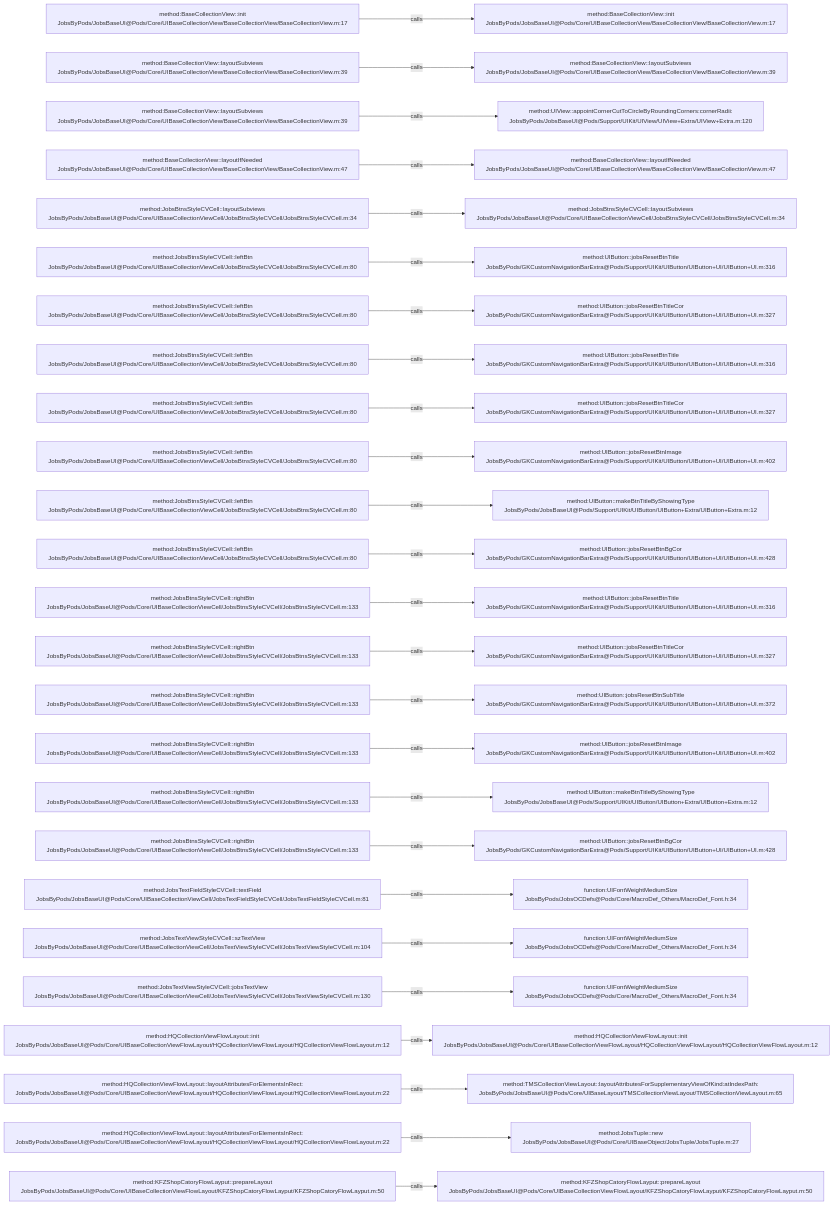
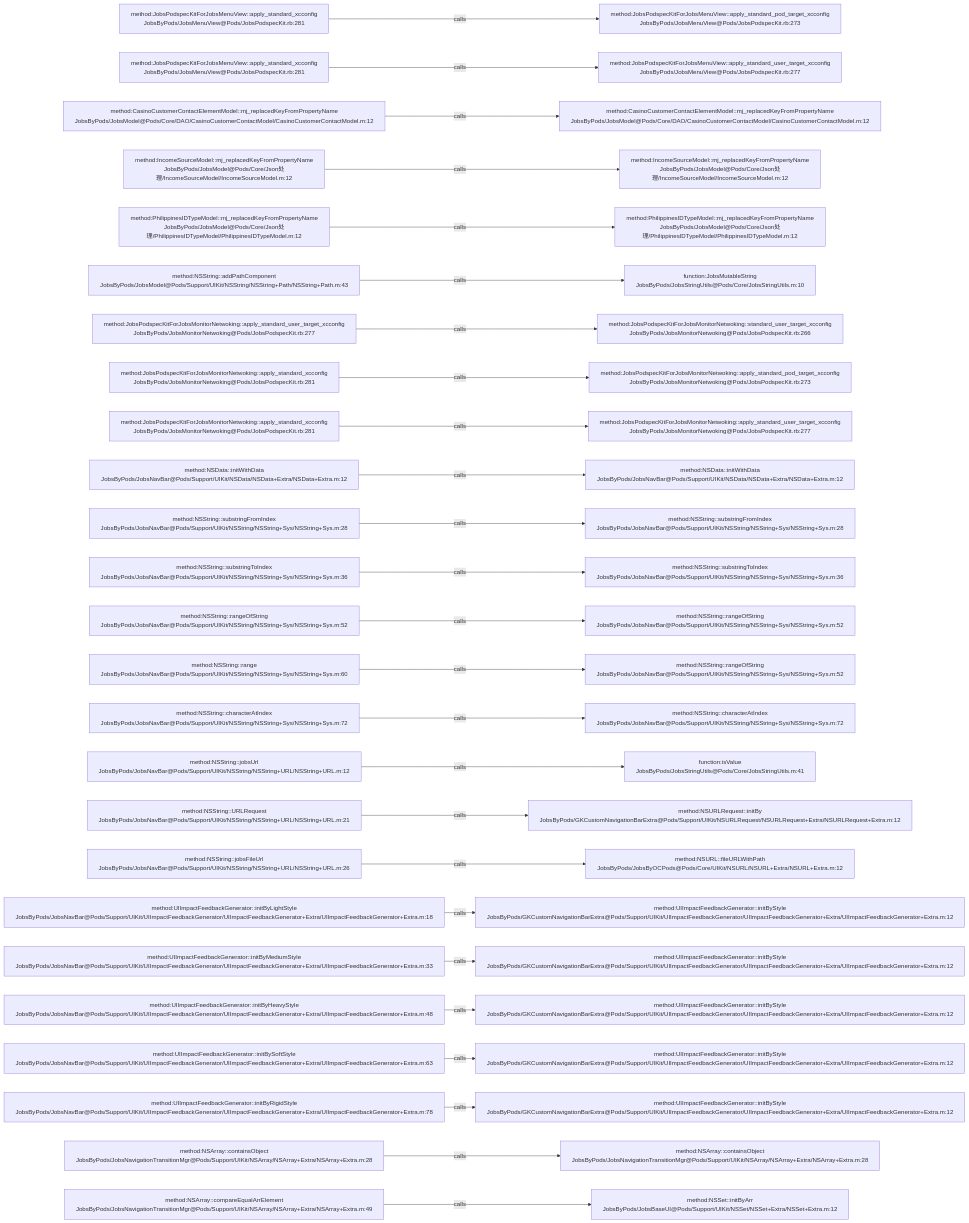
The diagram in .codegraph/codegraph.md/graphs/calls-015.md (JobsKits/JobsOCBaseConfigDemo), drawn with Mermaid before and after one commit. The commit also changed 2162 other files, not shown here.

````diff
--- a/.codegraph/codegraph.md/graphs/calls-015.md
+++ b/.codegraph/codegraph.md/graphs/calls-015.md
@@ -13,78 +13,78 @@
 ```mermaid
 flowchart LR
-  S1["method:BaseCollectionView::init<br/>JobsByPods/JobsBaseUI@Pods/Core/UIBaseCollectionView/BaseCollectionView/BaseCollectionView.m:17"]
-  T1["method:BaseCollectionView::init<br/>JobsByPods/JobsBaseUI@Pods/Core/UIBaseCollectionView/BaseCollectionView/BaseCollectionView.m:17"]
+  S1["method:JobsPodspecKitForJobsMenuView::apply_standard_xcconfig<br/>JobsByPods/JobsMenuView@Pods/JobsPodspecKit.rb:281"]
+  T1["method:JobsPodspecKitForJobsMenuView::apply_standard_pod_target_xcconfig<br/>JobsByPods/JobsMenuView@Pods/JobsPodspecKit.rb:273"]
   S1 -->|calls| T1
-  S2["method:BaseCollectionView::layoutSubviews<br/>JobsByPods/JobsBaseUI@Pods/Core/UIBaseCollectionView/BaseCollectionView/BaseCollectionView.m:39"]
-  T2["method:BaseCollectionView::layoutSubviews<br/>JobsByPods/JobsBaseUI@Pods/Core/UIBaseCollectionView/BaseCollectionView/BaseCollectionView.m:39"]
+  S2["method:JobsPodspecKitForJobsMenuView::apply_standard_xcconfig<br/>JobsByPods/JobsMenuView@Pods/JobsPodspecKit.rb:281"]
+  T2["method:JobsPodspecKitForJobsMenuView::apply_standard_user_target_xcconfig<br/>JobsByPods/JobsMenuView@Pods/JobsPodspecKit.rb:277"]
   S2 -->|calls| T2
-  S3["method:BaseCollectionView::layoutSubviews<br/>JobsByPods/JobsBaseUI@Pods/Core/UIBaseCollectionView/BaseCollectionView/BaseCollectionView.m:39"]
-  T3["method:UIView::appointCornerCutToCircleByRoundingCorners:cornerRadii:<br/>JobsByPods/JobsBaseUI@Pods/Support/UIKit/UIView/UIView+Extra/UIView+Extra.m:120"]
+  S3["method:CasinoCustomerContactElementModel::mj_replacedKeyFromPropertyName<br/>JobsByPods/JobsModel@Pods/Core/DAO/CasinoCustomerContactModel/CasinoCustomerContactModel.m:12"]
+  T3["method:CasinoCustomerContactElementModel::mj_replacedKeyFromPropertyName<br/>JobsByPods/JobsModel@Pods/Core/DAO/CasinoCustomerContactModel/CasinoCustomerContactModel.m:12"]
   S3 -->|calls| T3
-  S4["method:BaseCollectionView::layoutIfNeeded<br/>JobsByPods/JobsBaseUI@Pods/Core/UIBaseCollectionView/BaseCollectionView/BaseCollectionView.m:47"]
-  T4["method:BaseCollectionView::layoutIfNeeded<br/>JobsByPods/JobsBaseUI@Pods/Core/UIBaseCollectionView/BaseCollectionView/BaseCollectionView.m:47"]
+  S4["method:IncomeSourceModel::mj_replacedKeyFromPropertyName<br/>JobsByPods/JobsModel@Pods/Core/Json处理/IncomeSourceModel/IncomeSourceModel.m:12"]
+  T4["method:IncomeSourceModel::mj_replacedKeyFromPropertyName<br/>JobsByPods/JobsModel@Pods/Core/Json处理/IncomeSourceModel/IncomeSourceModel.m:12"]
   S4 -->|calls| T4
-  S5["method:JobsBtnsStyleCVCell::layoutSubviews<br/>JobsByPods/JobsBaseUI@Pods/Core/UIBaseCollectionViewCell/JobsBtnsStyleCVCell/JobsBtnsStyleCVCell.m:34"]
-  T5["method:JobsBtnsStyleCVCell::layoutSubviews<br/>JobsByPods/JobsBaseUI@Pods/Core/UIBaseCollectionViewCell/JobsBtnsStyleCVCell/JobsBtnsStyleCVCell.m:34"]
+  S5["method:PhilippinesIDTypeModel::mj_replacedKeyFromPropertyName<br/>JobsByPods/JobsModel@Pods/Core/Json处理/PhilippinesIDTypeModel/PhilippinesIDTypeModel.m:12"]
+  T5["method:PhilippinesIDTypeModel::mj_replacedKeyFromPropertyName<br/>JobsByPods/JobsModel@Pods/Core/Json处理/PhilippinesIDTypeModel/PhilippinesIDTypeModel.m:12"]
   S5 -->|calls| T5
-  S6["method:JobsBtnsStyleCVCell::leftBtn<br/>JobsByPods/JobsBaseUI@Pods/Core/UIBaseCollectionViewCell/JobsBtnsStyleCVCell/JobsBtnsStyleCVCell.m:80"]
-  T6["method:UIButton::jobsResetBtnTitle<br/>JobsByPods/GKCustomNavigationBarExtra@Pods/Support/UIKit/UIButton/UIButton+UI/UIButton+UI.m:316"]
+  S6["method:NSString::addPathComponent<br/>JobsByPods/JobsModel@Pods/Support/UIKit/NSString/NSString+Path/NSString+Path.m:43"]
+  T6["function:JobsMutableString<br/>JobsByPods/JobsStringUtils@Pods/Core/JobsStringUtils.m:10"]
   S6 -->|calls| T6
-  S7["method:JobsBtnsStyleCVCell::leftBtn<br/>JobsByPods/JobsBaseUI@Pods/Core/UIBaseCollectionViewCell/JobsBtnsStyleCVCell/JobsBtnsStyleCVCell.m:80"]
-  T7["method:UIButton::jobsResetBtnTitleCor<br/>JobsByPods/GKCustomNavigationBarExtra@Pods/Support/UIKit/UIButton/UIButton+UI/UIButton+UI.m:327"]
+  S7["method:JobsPodspecKitForJobsMonitorNetwoking::apply_standard_user_target_xcconfig<br/>JobsByPods/JobsMonitorNetwoking@Pods/JobsPodspecKit.rb:277"]
+  T7["method:JobsPodspecKitForJobsMonitorNetwoking::standard_user_target_xcconfig<br/>JobsByPods/JobsMonitorNetwoking@Pods/JobsPodspecKit.rb:266"]
   S7 -->|calls| T7
-  S8["method:JobsBtnsStyleCVCell::leftBtn<br/>JobsByPods/JobsBaseUI@Pods/Core/UIBaseCollectionViewCell/JobsBtnsStyleCVCell/JobsBtnsStyleCVCell.m:80"]
-  T8["method:UIButton::jobsResetBtnTitle<br/>JobsByPods/GKCustomNavigationBarExtra@Pods/Support/UIKit/UIButton/UIButton+UI/UIButton+UI.m:316"]
+  S8["method:JobsPodspecKitForJobsMonitorNetwoking::apply_standard_xcconfig<br/>JobsByPods/JobsMonitorNetwoking@Pods/JobsPodspecKit.rb:281"]
+  T8["method:JobsPodspecKitForJobsMonitorNetwoking::apply_standard_pod_target_xcconfig<br/>JobsByPods/JobsMonitorNetwoking@Pods/JobsPodspecKit.rb:273"]
   S8 -->|calls| T8
-  S9["method:JobsBtnsStyleCVCell::leftBtn<br/>JobsByPods/JobsBaseUI@Pods/Core/UIBaseCollectionViewCell/JobsBtnsStyleCVCell/JobsBtnsStyleCVCell.m:80"]
-  T9["method:UIButton::jobsResetBtnTitleCor<br/>JobsByPods/GKCustomNavigationBarExtra@Pods/Support/UIKit/UIButton/UIButton+UI/UIButton+UI.m:327"]
+  S9["method:JobsPodspecKitForJobsMonitorNetwoking::apply_standard_xcconfig<br/>JobsByPods/JobsMonitorNetwoking@Pods/JobsPodspecKit.rb:281"]
+  T9["method:JobsPodspecKitForJobsMonitorNetwoking::apply_standard_user_target_xcconfig<br/>JobsByPods/JobsMonitorNetwoking@Pods/JobsPodspecKit.rb:277"]
   S9 -->|calls| T9
-  S10["method:JobsBtnsStyleCVCell::leftBtn<br/>JobsByPods/JobsBaseUI@Pods/Core/UIBaseCollectionViewCell/JobsBtnsStyleCVCell/JobsBtnsStyleCVCell.m:80"]
-  T10["method:UIButton::jobsResetBtnImage<br/>JobsByPods/GKCustomNavigationBarExtra@Pods/Support/UIKit/UIButton/UIButton+UI/UIButton+UI.m:402"]
+  S10["method:NSData::initWithData<br/>JobsByPods/JobsNavBar@Pods/Support/UIKit/NSData/NSData+Extra/NSData+Extra.m:12"]
+  T10["method:NSData::initWithData<br/>JobsByPods/JobsNavBar@Pods/Support/UIKit/NSData/NSData+Extra/NSData+Extra.m:12"]
   S10 -->|calls| T10
-  S11["method:JobsBtnsStyleCVCell::leftBtn<br/>JobsByPods/JobsBaseUI@Pods/Core/UIBaseCollectionViewCell/JobsBtnsStyleCVCell/JobsBtnsStyleCVCell.m:80"]
-  T11["method:UIButton::makeBtnTitleByShowingType<br/>JobsByPods/JobsBaseUI@Pods/Support/UIKit/UIButton/UIButton+Extra/UIButton+Extra.m:12"]
+  S11["method:NSString::substringFromIndex<br/>JobsByPods/JobsNavBar@Pods/Support/UIKit/NSString/NSString+Sys/NSString+Sys.m:28"]
+  T11["method:NSString::substringFromIndex<br/>JobsByPods/JobsNavBar@Pods/Support/UIKit/NSString/NSString+Sys/NSString+Sys.m:28"]
   S11 -->|calls| T11
-  S12["method:JobsBtnsStyleCVCell::leftBtn<br/>JobsByPods/JobsBaseUI@Pods/Core/UIBaseCollectionViewCell/JobsBtnsStyleCVCell/JobsBtnsStyleCVCell.m:80"]
-  T12["method:UIButton::jobsResetBtnBgCor<br/>JobsByPods/GKCustomNavigationBarExtra@Pods/Support/UIKit/UIButton/UIButton+UI/UIButton+UI.m:428"]
+  S12["method:NSString::substringToIndex<br/>JobsByPods/JobsNavBar@Pods/Support/UIKit/NSString/NSString+Sys/NSString+Sys.m:36"]
+  T12["method:NSString::substringToIndex<br/>JobsByPods/JobsNavBar@Pods/Support/UIKit/NSString/NSString+Sys/NSString+Sys.m:36"]
   S12 -->|calls| T12
-  S13["method:JobsBtnsStyleCVCell::rightBtn<br/>JobsByPods/JobsBaseUI@Pods/Core/UIBaseCollectionViewCell/JobsBtnsStyleCVCell/JobsBtnsStyleCVCell.m:133"]
-  T13["method:UIButton::jobsResetBtnTitle<br/>JobsByPods/GKCustomNavigationBarExtra@Pods/Support/UIKit/UIButton/UIButton+UI/UIButton+UI.m:316"]
+  S13["method:NSString::rangeOfString<br/>JobsByPods/JobsNavBar@Pods/Support/UIKit/NSString/NSString+Sys/NSString+Sys.m:52"]
+  T13["method:NSString::rangeOfString<br/>JobsByPods/JobsNavBar@Pods/Support/UIKit/NSString/NSString+Sys/NSString+Sys.m:52"]
   S13 -->|calls| T13
-  S14["method:JobsBtnsStyleCVCell::rightBtn<br/>JobsByPods/JobsBaseUI@Pods/Core/UIBaseCollectionViewCell/JobsBtnsStyleCVCell/JobsBtnsStyleCVCell.m:133"]
-  T14["method:UIButton::jobsResetBtnTitleCor<br/>JobsByPods/GKCustomNavigationBarExtra@Pods/Support/UIKit/UIButton/UIButton+UI/UIButton+UI.m:327"]
+  S14["method:NSString::range<br/>JobsByPods/JobsNavBar@Pods/Support/UIKit/NSString/NSString+Sys/NSString+Sys.m:60"]
+  T14["method:NSString::rangeOfString<br/>JobsByPods/JobsNavBar@Pods/Support/UIKit/NSString/NSString+Sys/NSString+Sys.m:52"]
   S14 -->|calls| T14
-  S15["method:JobsBtnsStyleCVCell::rightBtn<br/>JobsByPods/JobsBaseUI@Pods/Core/UIBaseCollectionViewCell/JobsBtnsStyleCVCell/JobsBtnsStyleCVCell.m:133"]
-  T15["method:UIButton::jobsResetBtnSubTitle<br/>JobsByPods/GKCustomNavigationBarExtra@Pods/Support/UIKit/UIButton/UIButton+UI/UIButton+UI.m:372"]
+  S15["method:NSString::characterAtIndex<br/>JobsByPods/JobsNavBar@Pods/Support/UIKit/NSString/NSString+Sys/NSString+Sys.m:72"]
+  T15["method:NSString::characterAtIndex<br/>JobsByPods/JobsNavBar@Pods/Support/UIKit/NSString/NSString+Sys/NSString+Sys.m:72"]
   S15 -->|calls| T15
-  S16["method:JobsBtnsStyleCVCell::rightBtn<br/>JobsByPods/JobsBaseUI@Pods/Core/UIBaseCollectionViewCell/JobsBtnsStyleCVCell/JobsBtnsStyleCVCell.m:133"]
-  T16["method:UIButton::jobsResetBtnImage<br/>JobsByPods/GKCustomNavigationBarExtra@Pods/Support/UIKit/UIButton/UIButton+UI/UIButton+UI.m:402"]
+  S16["method:NSString::jobsUrl<br/>JobsByPods/JobsNavBar@Pods/Support/UIKit/NSString/NSString+URL/NSString+URL.m:12"]
+  T16["function:isValue<br/>JobsByPods/JobsStringUtils@Pods/Core/JobsStringUtils.m:41"]
   S16 -->|calls| T16
-  S17["method:JobsBtnsStyleCVCell::rightBtn<br/>JobsByPods/JobsBaseUI@Pods/Core/UIBaseCollectionViewCell/JobsBtnsStyleCVCell/JobsBtnsStyleCVCell.m:133"]
-  T17["method:UIButton::makeBtnTitleByShowingType<br/>JobsByPods/JobsBaseUI@Pods/Support/UIKit/UIButton/UIButton+Extra/UIButton+Extra.m:12"]
+  S17["method:NSString::URLRequest<br/>JobsByPods/JobsNavBar@Pods/Support/UIKit/NSString/NSString+URL/NSString+URL.m:21"]
+  T17["method:NSURLRequest::initBy<br/>JobsByPods/GKCustomNavigationBarExtra@Pods/Support/UIKit/NSURLRequest/NSURLRequest+Extra/NSURLRequest+Extra.m:12"]
   S17 -->|calls| T17
-  S18["method:JobsBtnsStyleCVCell::rightBtn<br/>JobsByPods/JobsBaseUI@Pods/Core/UIBaseCollectionViewCell/JobsBtnsStyleCVCell/JobsBtnsStyleCVCell.m:133"]
-  T18["method:UIButton::jobsResetBtnBgCor<br/>JobsByPods/GKCustomNavigationBarExtra@Pods/Support/UIKit/UIButton/UIButton+UI/UIButton+UI.m:428"]
+  S18["method:NSString::jobsFileUrl<br/>JobsByPods/JobsNavBar@Pods/Support/UIKit/NSString/NSString+URL/NSString+URL.m:26"]
+  T18["method:NSURL::fileURLWithPath<br/>JobsByPods/JobsByOCPods@Pods/Core/UIKit/NSURL/NSURL+Extra/NSURL+Extra.m:12"]
   S18 -->|calls| T18
-  S19["method:JobsTextFieldStyleCVCell::textField<br/>JobsByPods/JobsBaseUI@Pods/Core/UIBaseCollectionViewCell/JobsTextFieldStyleCVCell/JobsTextFieldStyleCVCell.m:81"]
-  T19["function:UIFontWeightMediumSize<br/>JobsByPods/JobsOCDefs@Pods/Core/MacroDef_Others/MacroDef_Font.h:34"]
+  S19["method:UIImpactFeedbackGenerator::initByLightStyle<br/>JobsByPods/JobsNavBar@Pods/Support/UIKit/UIImpactFeedbackGenerator/UIImpactFeedbackGenerator+Extra/UIImpactFeedbackGenerator+Extra.m:18"]
+  T19["method:UIImpactFeedbackGenerator::initByStyle<br/>JobsByPods/GKCustomNavigationBarExtra@Pods/Support/UIKit/UIImpactFeedbackGenerator/UIImpactFeedbackGenerator+Extra/UIImpactFeedbackGenerator+Extra.m:12"]
   S19 -->|calls| T19
-  S20["method:JobsTextViewStyleCVCell::szTextView<br/>JobsByPods/JobsBaseUI@Pods/Core/UIBaseCollectionViewCell/JobsTextViewStyleCVCell/JobsTextViewStyleCVCell.m:104"]
-  T20["function:UIFontWeightMediumSize<br/>JobsByPods/JobsOCDefs@Pods/Core/MacroDef_Others/MacroDef_Font.h:34"]
+  S20["method:UIImpactFeedbackGenerator::initByMediumStyle<br/>JobsByPods/JobsNavBar@Pods/Support/UIKit/UIImpactFeedbackGenerator/UIImpactFeedbackGenerator+Extra/UIImpactFeedbackGenerator+Extra.m:33"]
+  T20["method:UIImpactFeedbackGenerator::initByStyle<br/>JobsByPods/GKCustomNavigationBarExtra@Pods/Support/UIKit/UIImpactFeedbackGenerator/UIImpactFeedbackGenerator+Extra/UIImpactFeedbackGenerator+Extra.m:12"]
   S20 -->|calls| T20
-  S21["method:JobsTextViewStyleCVCell::jobsTextView<br/>JobsByPods/JobsBaseUI@Pods/Core/UIBaseCollectionViewCell/JobsTextViewStyleCVCell/JobsTextViewStyleCVCell.m:130"]
-  T21["function:UIFontWeightMediumSize<br/>JobsByPods/JobsOCDefs@Pods/Core/MacroDef_Others/MacroDef_Font.h:34"]
+  S21["method:UIImpactFeedbackGenerator::initByHeavyStyle<br/>JobsByPods/JobsNavBar@Pods/Support/UIKit/UIImpactFeedbackGenerator/UIImpactFeedbackGenerator+Extra/UIImpactFeedbackGenerator+Extra.m:48"]
+  T21["method:UIImpactFeedbackGenerator::initByStyle<br/>JobsByPods/GKCustomNavigationBarExtra@Pods/Support/UIKit/UIImpactFeedbackGenerator/UIImpactFeedbackGenerator+Extra/UIImpactFeedbackGenerator+Extra.m:12"]
   S21 -->|calls| T21
-  S22["method:HQCollectionViewFlowLayout::init<br/>JobsByPods/JobsBaseUI@Pods/Core/UIBaseCollectionViewFlowLayout/HQCollectionViewFlowLayout/HQCollectionViewFlowLayout.m:12"]
-  T22["method:HQCollectionViewFlowLayout::init<br/>JobsByPods/JobsBaseUI@Pods/Core/UIBaseCollectionViewFlowLayout/HQCollectionViewFlowLayout/HQCollectionViewFlowLayout.m:12"]
+  S22["method:UIImpactFeedbackGenerator::initBySoftStyle<br/>JobsByPods/JobsNavBar@Pods/Support/UIKit/UIImpactFeedbackGenerator/UIImpactFeedbackGenerator+Extra/UIImpactFeedbackGenerator+Extra.m:63"]
+  T22["method:UIImpactFeedbackGenerator::initByStyle<br/>JobsByPods/GKCustomNavigationBarExtra@Pods/Support/UIKit/UIImpactFeedbackGenerator/UIImpactFeedbackGenerator+Extra/UIImpactFeedbackGenerator+Extra.m:12"]
   S22 -->|calls| T22
-  S23["method:HQCollectionViewFlowLayout::layoutAttributesForElementsInRect:<br/>JobsByPods/JobsBaseUI@Pods/Core/UIBaseCollectionViewFlowLayout/HQCollectionViewFlowLayout/HQCollectionViewFlowLayout.m:22"]
-  T23["method:TMSCollectionViewLayout::layoutAttributesForSupplementaryViewOfKind:atIndexPath:<br/>JobsByPods/JobsBaseUI@Pods/Core/UIBaseLayout/TMSCollectionViewLayout/TMSCollectionViewLayout.m:65"]
+  S23["method:UIImpactFeedbackGenerator::initByRigidStyle<br/>JobsByPods/JobsNavBar@Pods/Support/UIKit/UIImpactFeedbackGenerator/UIImpactFeedbackGenerator+Extra/UIImpactFeedbackGenerator+Extra.m:78"]
+  T23["method:UIImpactFeedbackGenerator::initByStyle<br/>JobsByPods/GKCustomNavigationBarExtra@Pods/Support/UIKit/UIImpactFeedbackGenerator/UIImpactFeedbackGenerator+Extra/UIImpactFeedbackGenerator+Extra.m:12"]
   S23 -->|calls| T23
-  S24["method:HQCollectionViewFlowLayout::layoutAttributesForElementsInRect:<br/>JobsByPods/JobsBaseUI@Pods/Core/UIBaseCollectionViewFlowLayout/HQCollectionViewFlowLayout/HQCollectionViewFlowLayout.m:22"]
-  T24["method:JobsTuple::new<br/>JobsByPods/JobsBaseUI@Pods/Core/UIBaseObject/JobsTuple/JobsTuple.m:27"]
+  S24["method:NSArray::containsObject<br/>JobsByPods/JobsNavigationTransitionMgr@Pods/Support/UIKit/NSArray/NSArray+Extra/NSArray+Extra.m:28"]
+  T24["method:NSArray::containsObject<br/>JobsByPods/JobsNavigationTransitionMgr@Pods/Support/UIKit/NSArray/NSArray+Extra/NSArray+Extra.m:28"]
   S24 -->|calls| T24
-  S25["method:KFZShopCatoryFlowLayput::prepareLayout<br/>JobsByPods/JobsBaseUI@Pods/Core/UIBaseCollectionViewFlowLayout/KFZShopCatoryFlowLayput/KFZShopCatoryFlowLayput.m:50"]
-  T25["method:KFZShopCatoryFlowLayput::prepareLayout<br/>JobsByPods/JobsBaseUI@Pods/Core/UIBaseCollectionViewFlowLayout/KFZShopCatoryFlowLayput/KFZShopCatoryFlowLayput.m:50"]
+  S25["method:NSArray::compareEqualArrElement<br/>JobsByPods/JobsNavigationTransitionMgr@Pods/Support/UIKit/NSArray/NSArray+Extra/NSArray+Extra.m:49"]
+  T25["method:NSSet::initByArr<br/>JobsByPods/JobsBaseUI@Pods/Support/UIKit/NSSet/NSSet+Extra/NSSet+Extra.m:12"]
   S25 -->|calls| T25
 ```
````
